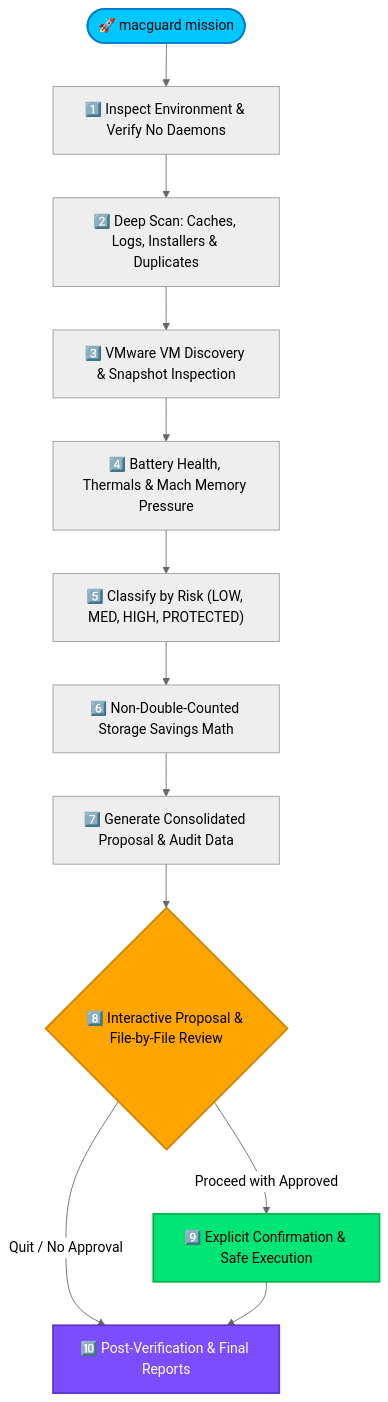
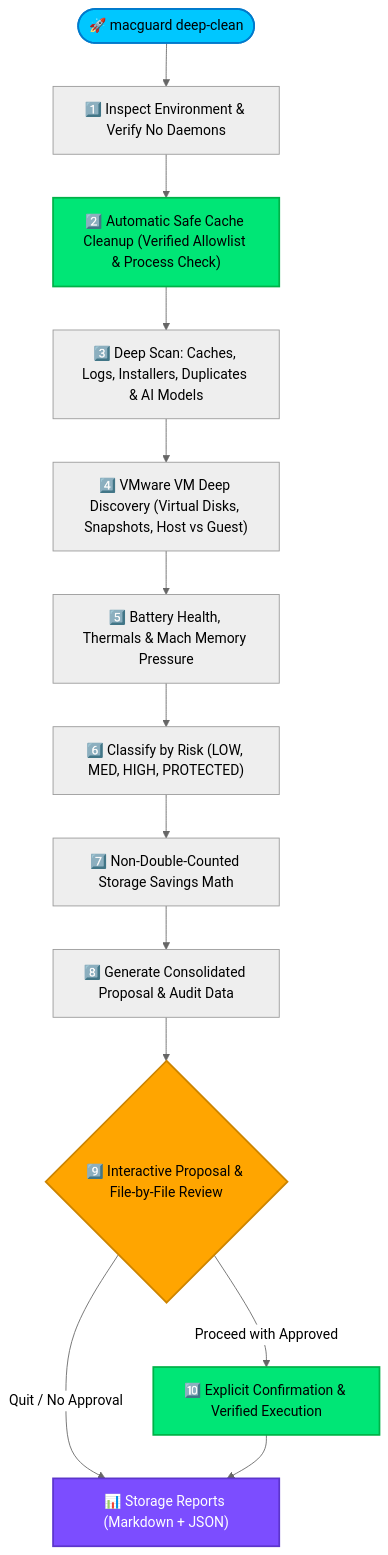
One commit to AtiaAbk/mac-guard-autometic-storage-optimizer changed the diagram in README.md. Above: the diagram before and after it, drawn with Mermaid (neutral theme). The commit also changed other lines of this file, not shown here.

Commit message:
docs(readme): update pipeline diagram and CLI documentation for macguard deep-clean

````diff
--- a/README.md
+++ b/README.md
@@ -40,20 +41,22 @@
 ```mermaid
 flowchart TD
-    Start(["🚀 macguard mission"]) --> S1["1️⃣ Inspect Environment & Verify No Daemons"]
-    S1 --> S2["2️⃣ Deep Scan: Caches, Logs, Installers & Duplicates"]
-    S2 --> S3["3️⃣ VMware VM Discovery & Snapshot Inspection"]
-    S3 --> S4["4️⃣ Battery Health, Thermals & Mach Memory Pressure"]
-    S4 --> S5["5️⃣ Classify by Risk (LOW, MED, HIGH, PROTECTED)"]
-    S5 --> S6["6️⃣ Non-Double-Counted Storage Savings Math"]
-    S6 --> S7["7️⃣ Generate Consolidated Proposal & Audit Data"]
-    S7 --> S8{"8️⃣ Interactive Proposal & File-by-File Review"}
+    Start(["🚀 macguard deep-clean"]) --> S1["1️⃣ Inspect Environment & Verify No Daemons"]
+    S1 --> S2["2️⃣ Automatic Safe Cache Cleanup (Verified Allowlist & Process Check)"]
+    S2 --> S3["3️⃣ Deep Scan: Caches, Logs, Installers, Duplicates & AI Models"]
+    S3 --> S4["4️⃣ VMware VM Deep Discovery (Virtual Disks, Snapshots, Host vs Guest)"]
+    S4 --> S5["5️⃣ Battery Health, Thermals & Mach Memory Pressure"]
+    S5 --> S6["6️⃣ Classify by Risk (LOW, MED, HIGH, PROTECTED)"]
+    S6 --> S7["7️⃣ Non-Double-Counted Storage Savings Math"]
+    S7 --> S8["8️⃣ Generate Consolidated Proposal & Audit Data"]
+    S8 --> S9{"9️⃣ Interactive Proposal & File-by-File Review"}
     
-    S8 -- "Proceed with Approved" --> S9["9️⃣ Explicit Confirmation & Safe Execution"]
-    S8 -- "Quit / No Approval" --> S10["🔟 Post-Verification & Final Reports"]
-    S9 --> S10
+    S9 -- "Proceed with Approved" --> S10["🔟 Explicit Confirmation & Verified Execution"]
+    S9 -- "Quit / No Approval" --> Report["📊 Storage Reports (Markdown + JSON)"]
+    S10 --> Report
     
     style Start fill:#00C7FF,stroke:#007ACC,stroke-width:2px,color:#000
-    style S8 fill:#FFA500,stroke:#CC8400,stroke-width:2px,color:#000
-    style S9 fill:#00E676,stroke:#00B248,stroke-width:2px,color:#000
-    style S10 fill:#7C4DFF,stroke:#5C35CC,stroke-width:2px,color:#fff
+    style S2 fill:#00E676,stroke:#00B248,stroke-width:2px,color:#000
+    style S9 fill:#FFA500,stroke:#CC8400,stroke-width:2px,color:#000
+    style S10 fill:#00E676,stroke:#00B248,stroke-width:2px,color:#000
+    style Report fill:#7C4DFF,stroke:#5C35CC,stroke-width:2px,color:#fff
 ```
````
